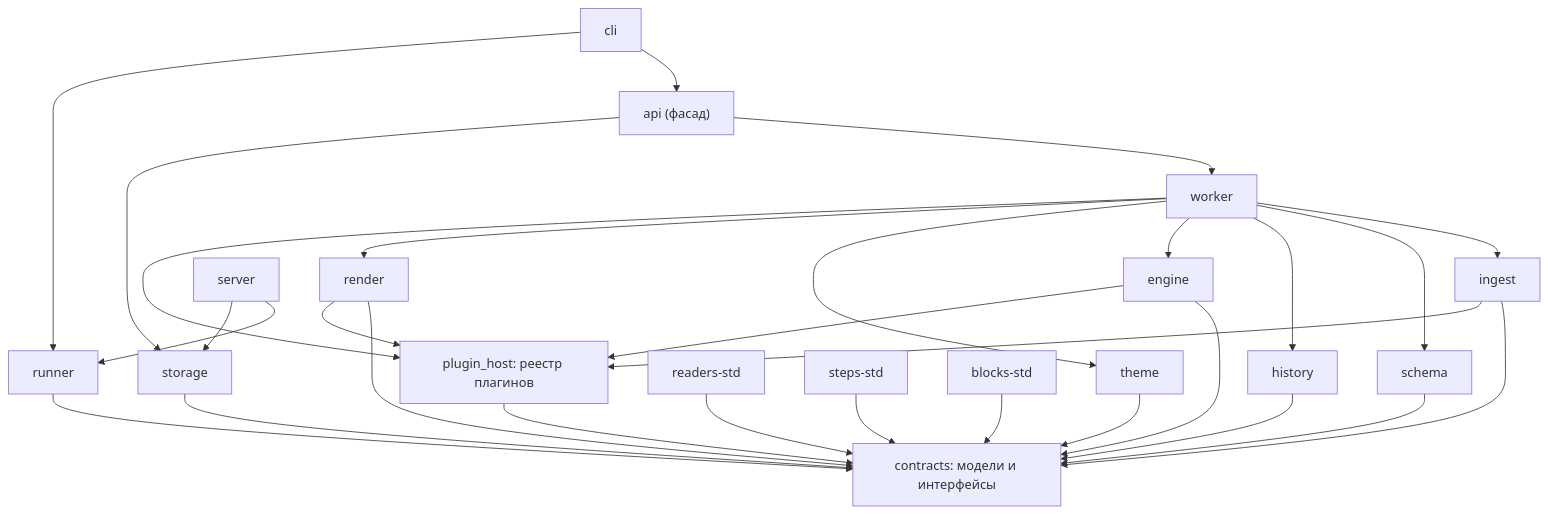
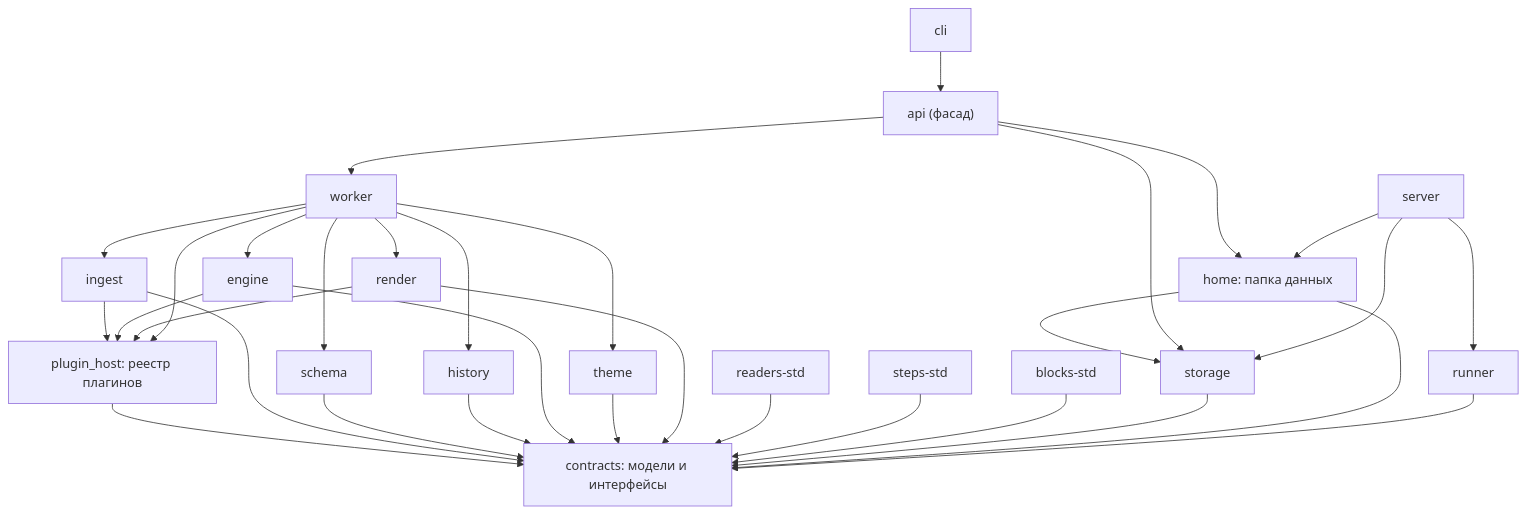
Before and after one commit to PrimalSt/Auto_clode: the second of 4 diagrams in ARCHITECTURE.md, drawn with Mermaid. The commit also changed other lines of this file and 1 other file, not shown here.

````diff
--- a/ARCHITECTURE.md
+++ b/ARCHITECTURE.md
@@ -110,31 +110,33 @@
 ```mermaid
 flowchart TB
   C["contracts: модели и интерфейсы"]
   PH["plugin_host: реестр плагинов"]
   ING["ingest"]
   SCH["schema"]
   HIS["history"]
   ENG["engine"]
   THM["theme"]
   REN["render"]
   PR["readers-std"]
   PS["steps-std"]
   PB["blocks-std"]
   STO["storage"]
+  HOM["home: папка данных"]
   RUN["runner"]
   WRK["worker"]
   APIF["api (фасад)"]
   CLI["cli"]
   SRV["server"]
 
   PH --> C
   ING & SCH & HIS & ENG & THM & REN --> C
   ING & ENG & REN --> PH
   PR & PS & PB --> C
   STO --> C
+  HOM --> C & STO
   RUN --> C
   WRK --> ING & SCH & HIS & ENG & THM & REN & PH
-  APIF --> WRK & STO
-  CLI --> APIF & RUN
-  SRV --> RUN & STO
+  APIF --> HOM & WRK & STO
+  CLI --> APIF
+  SRV --> HOM & RUN & STO
 ```
````
